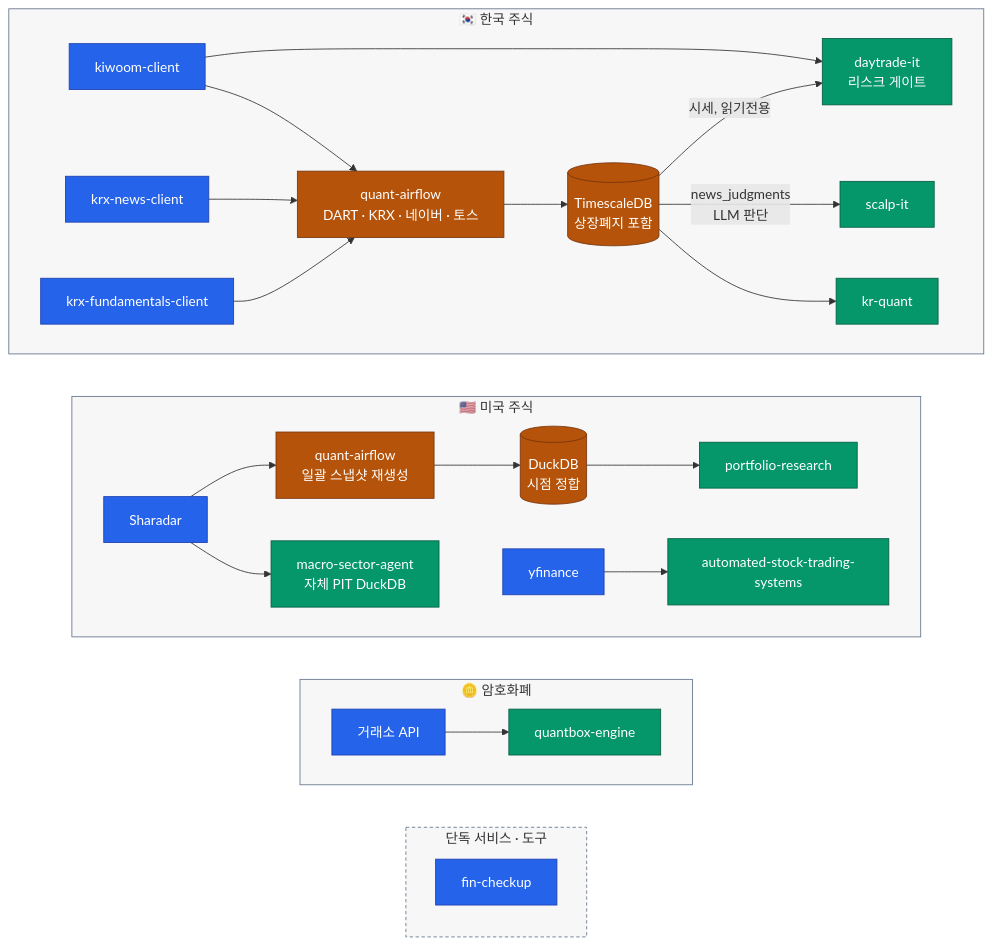
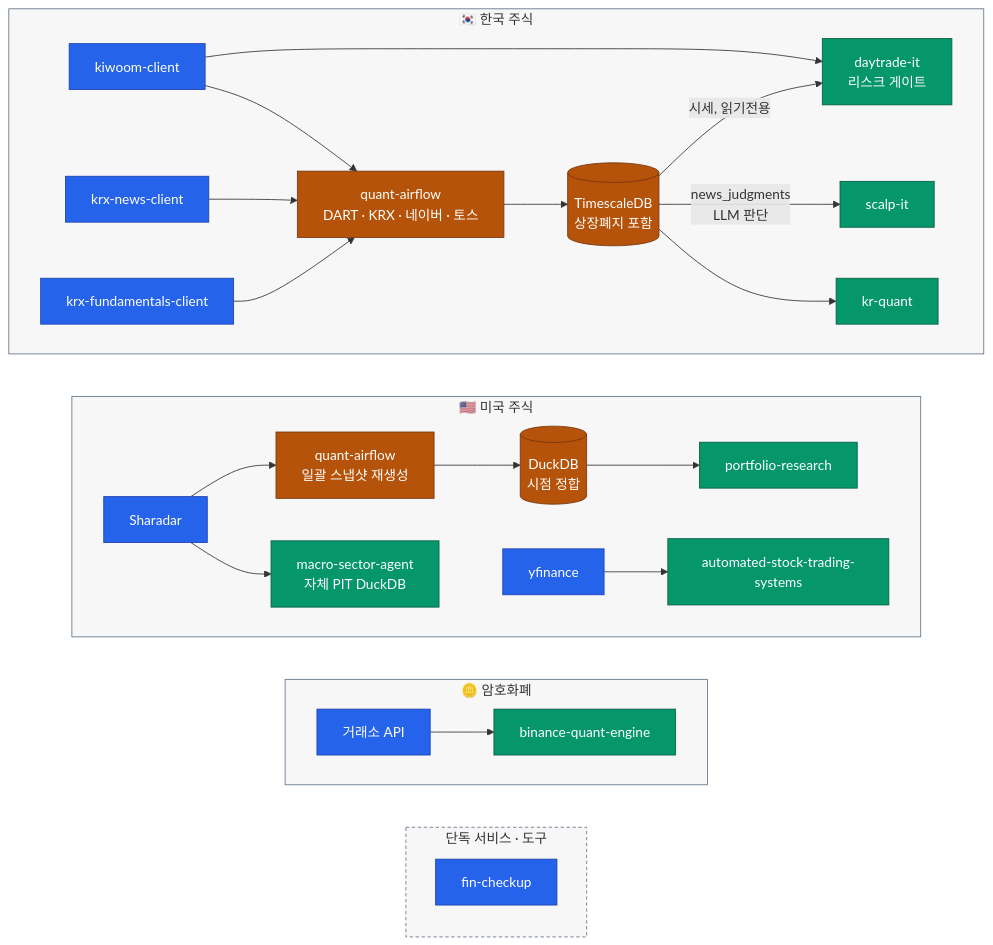
The first of 2 diagrams in README.ko.md (younghwan91/younghwan91), drawn with Mermaid before and after one commit. The commit also changed other lines of this file and 1 other file, not shown here.

First line of the commit message:
docs(readme): fix stale crypto repo names (quantbox-engine, trading_code)

````diff
--- a/README.ko.md
+++ b/README.ko.md
@@ -22,45 +22,45 @@
 ```mermaid
 flowchart TB
     subgraph KR ["🇰🇷 한국 주식"]
         direction LR
         K["kiwoom-client"] --> AF["quant-airflow<br/>DART · KRX · 네이버 · 토스"] --> DB[("TimescaleDB<br/>상장폐지 포함")] --> Q["kr-quant"]
         NW["krx-news-client"] --> AF
         F["krx-fundamentals-client"] --> AF
         DB -- "news_judgments<br/>LLM 판단" --> SC["scalp-it"]
         DB -- "시세, 읽기전용" --> KSIG["daytrade-it<br/>리스크 게이트"]
         K --> KSIG
     end
 
     subgraph US ["🇺🇸 미국 주식"]
         direction LR
         SH["Sharadar"] --> AFU["quant-airflow<br/>일괄 스냅샷 재생성"] --> DD[("DuckDB<br/>시점 정합")] --> O["portfolio-research"]
         SH --> MS["macro-sector-agent<br/>자체 PIT DuckDB"]
         YF["yfinance"] --> AT["automated-stock-trading-systems"]
     end
 
     subgraph CX ["🪙 암호화폐"]
         direction LR
-        EX["거래소 API"] --> CR["quantbox-engine"]
+        EX["거래소 API"] --> CR["binance-quant-engine"]
     end
 
     subgraph SVC ["단독 서비스 · 도구"]
         direction TB
         FC["fin-checkup"]
     end
 
     %% 세로 정렬용 — `~~~` 는 그 자체로 보이지 않는 링크다(linkStyle 불필요).
     KR ~~~ US ~~~ CX ~~~ SVC
 
     classDef source fill:#2563EB,stroke:#1E40AF,color:#FFFFFF
     classDef move   fill:#B45309,stroke:#78350F,color:#FFFFFF
     classDef out    fill:#059669,stroke:#065F46,color:#FFFFFF
 
     class K,SH,YF,EX,F,NW,FC source
     class AF,AFU,DB,DD move
     class Q,O,AT,CR,SC,MS,KSIG out
 
     style KR  fill:#0F172A08,stroke:#64748B
     style US  fill:#0F172A08,stroke:#64748B
     style CX  fill:#0F172A08,stroke:#64748B
     style SVC fill:#0F172A08,stroke:#64748B,stroke-dasharray:4 3
 ```
````
